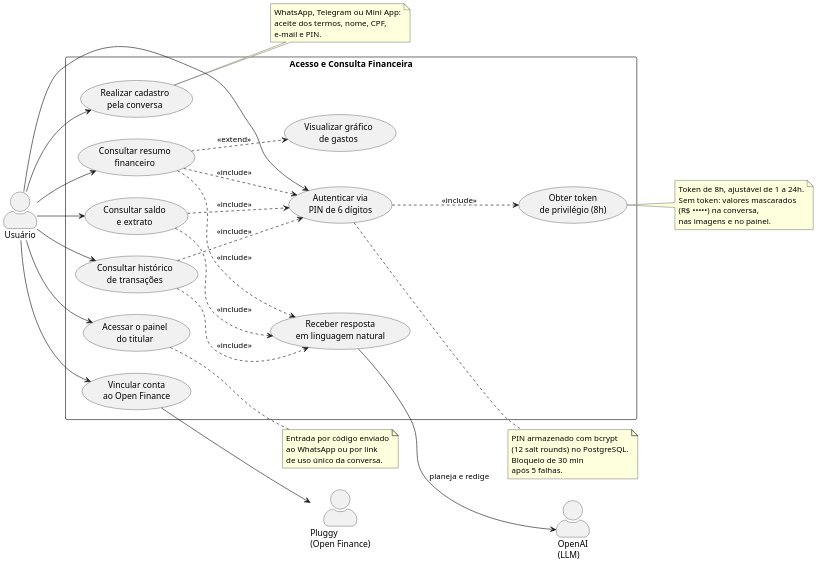
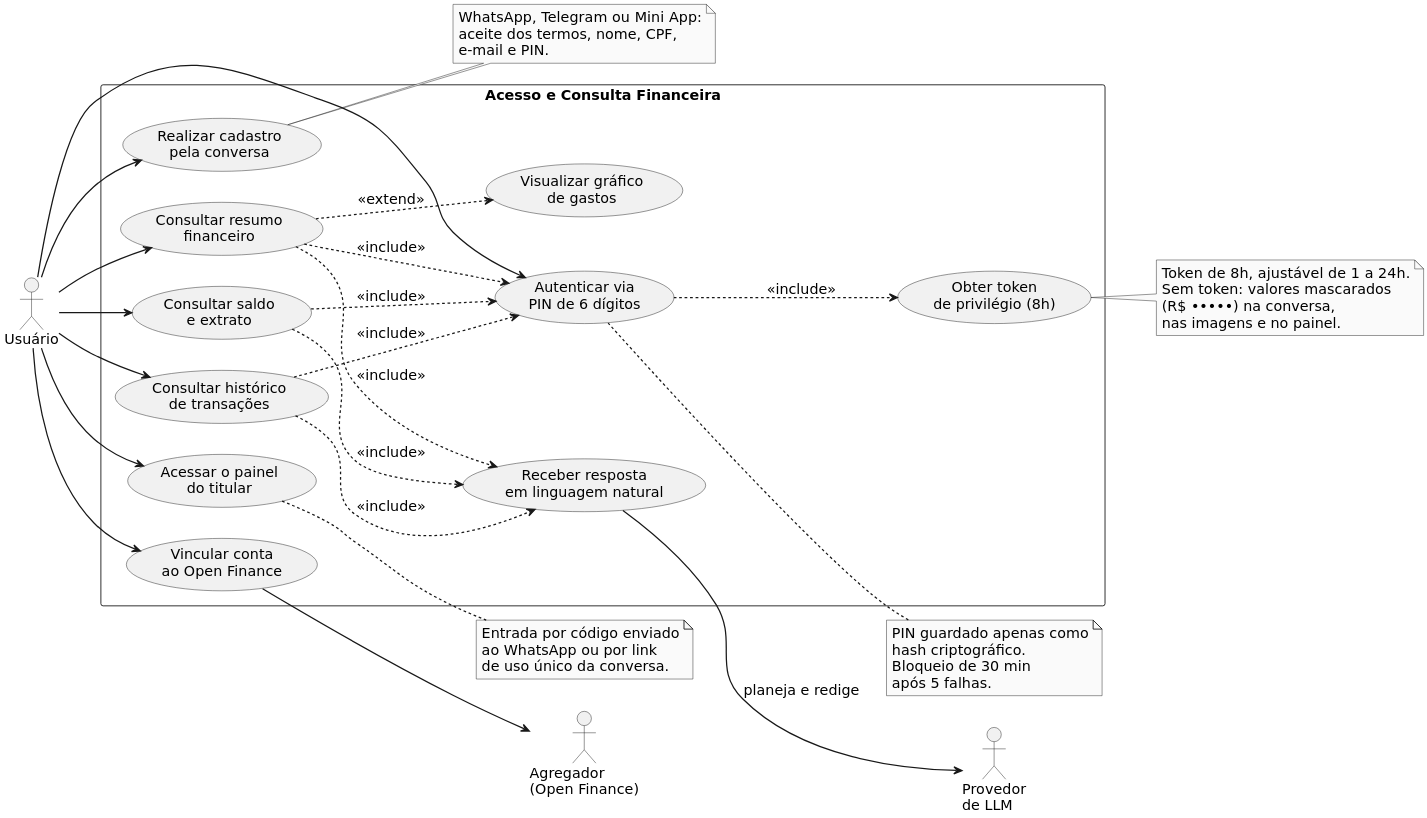
The diagram in puml/uc01_acesso_financeiro.puml (eigam-corp/thesis), drawn with PlantUML before and after one commit. The commit also changed 198 other files, not shown here.

```diff
--- a/puml/uc01_acesso_financeiro.puml
+++ b/puml/uc01_acesso_financeiro.puml
@@ -1,73 +1,75 @@
 @startuml UC01 - Acesso e Consulta Financeira
 left to right direction
 skinparam packageStyle rectangle
-skinparam actorStyle awesome
-skinparam defaultFontName Arial
+skinparam monochrome true
+skinparam defaultFontName "DejaVu Sans"
 skinparam shadowing false
-skinparam dpi 150
+skinparam dpi 220
+skinparam defaultFontSize 16
+skinparam ArrowThickness 1.4
 
 actor "Usuário" as U
-actor "Pluggy\n(Open Finance)" as PL
-actor "OpenAI\n(LLM)" as AI
+actor "Agregador\n(Open Finance)" as PL
+actor "Provedor\nde LLM" as AI
 
 rectangle "Acesso e Consulta Financeira" {
     usecase "Realizar cadastro\npela conversa" as UC01
     usecase "Vincular conta\nao Open Finance" as UC02
     usecase "Autenticar via\nPIN de 6 dígitos" as UC03
     usecase "Consultar saldo\ne extrato" as UC04
     usecase "Consultar histórico\nde transações" as UC05
     usecase "Consultar resumo\nfinanceiro" as UC06
     usecase "Receber resposta\nem linguagem natural" as UC07
     usecase "Visualizar gráfico\nde gastos" as UC08
     usecase "Obter token\nde privilégio (8h)" as UC09
     usecase "Acessar o painel\ndo titular" as UC28
 }
 
 U --> UC01
 U --> UC02
 U --> UC03
 U --> UC04
 U --> UC05
 U --> UC06
 U --> UC28
 
 UC04 ..> UC03 : <<include>>
 UC05 ..> UC03 : <<include>>
 UC06 ..> UC03 : <<include>>
 
 UC04 ..> UC07 : <<include>>
 UC05 ..> UC07 : <<include>>
 UC06 ..> UC07 : <<include>>
 UC06 ..> UC08 : <<extend>>
 
 UC03 ..> UC09 : <<include>>
 
 UC02 --> PL
 UC07 --> AI : planeja e redige
 
 note right of UC09
   Token de 8h, ajustável de 1 a 24h.
   Sem token: valores mascarados
   (R$ •••••) na conversa,
   nas imagens e no painel.
 end note
 
 note right of UC03
-  PIN armazenado com bcrypt
-  (12 salt rounds) no PostgreSQL.
+  PIN guardado apenas como
+  hash criptográfico.
   Bloqueio de 30 min
   após 5 falhas.
 end note
 
 note right of UC01
   WhatsApp, Telegram ou Mini App:
   aceite dos termos, nome, CPF,
   e-mail e PIN.
 end note
 
 note right of UC28
   Entrada por código enviado
   ao WhatsApp ou por link
   de uso único da conversa.
 end note
 @enduml
```
